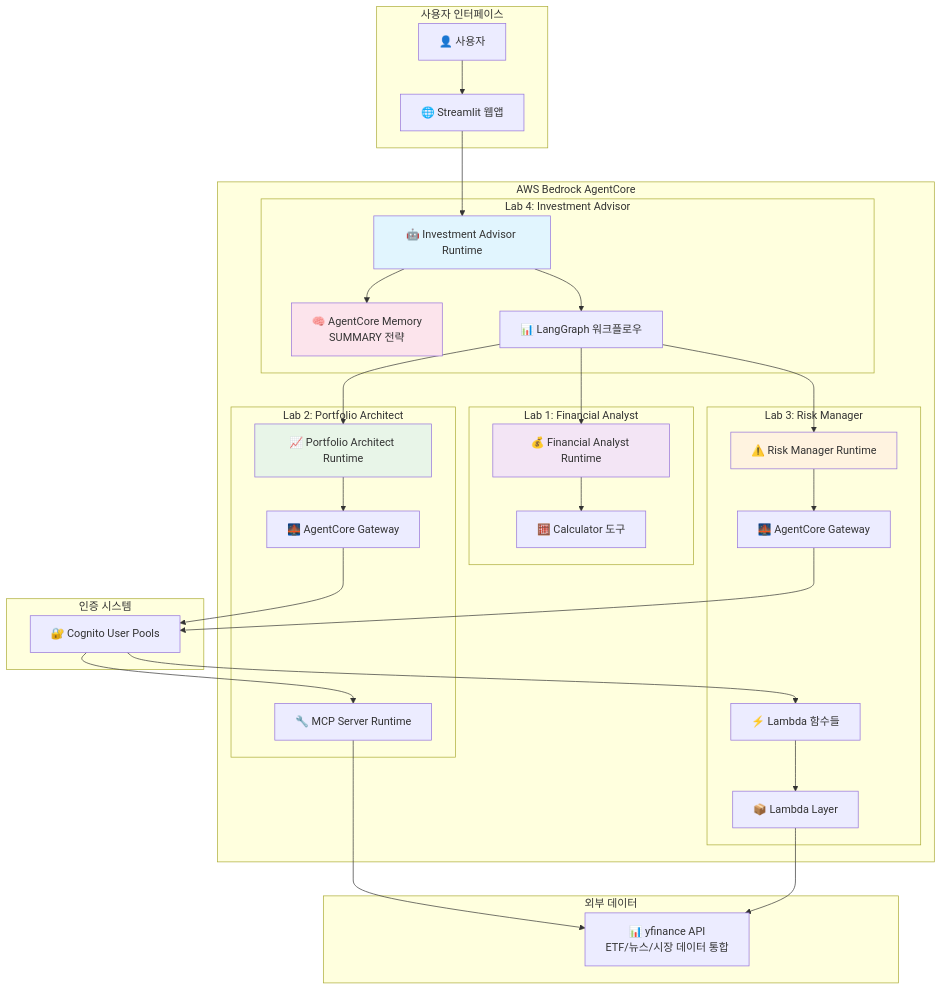
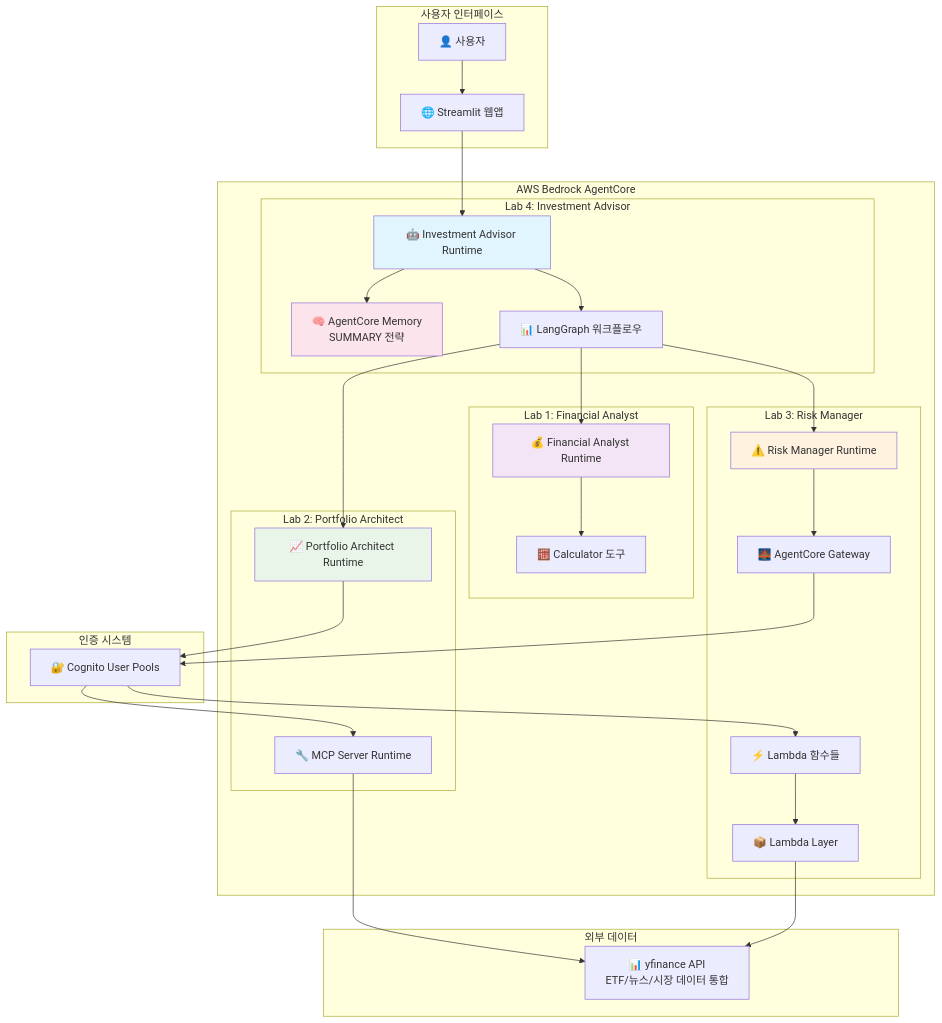
Before and after one commit to ksgsslee/investment_advisor_strands: the first of 6 diagrams in README.md, drawn with Mermaid. The commit also changed other lines of this file, not shown here.

````diff
--- a/README.md
+++ b/README.md
@@ -11,68 +11,66 @@
 ```mermaid
 graph TB
     subgraph "사용자 인터페이스"
         USER[👤 사용자]
         WEB[🌐 Streamlit 웹앱]
     end
     
     subgraph "AWS Bedrock AgentCore"
         subgraph "Lab 4: Investment Advisor"
             IA[🤖 Investment Advisor Runtime]
             MEMORY[🧠 AgentCore Memory<br/>SUMMARY 전략]
             LANGGRAPH[📊 LangGraph 워크플로우]
         end
         
         subgraph "Lab 1: Financial Analyst"
             FA[💰 Financial Analyst Runtime]
             CALC[🧮 Calculator 도구]
         end
         
         subgraph "Lab 2: Portfolio Architect"
             PA[📈 Portfolio Architect Runtime]
-            GATEWAY1[🌉 AgentCore Gateway]
             MCP_SERVER[🔧 MCP Server Runtime]
         end
         
         subgraph "Lab 3: Risk Manager"
             RM[⚠️ Risk Manager Runtime]
             GATEWAY2[🌉 AgentCore Gateway]
             LAMBDA[⚡ Lambda 함수들]
             LAYER[📦 Lambda Layer]
         end
     end
     
     subgraph "외부 데이터"
         YFINANCE[📊 yfinance API<br/>ETF/뉴스/시장 데이터 통합]
     end
     
     subgraph "인증 시스템"
         COGNITO[🔐 Cognito User Pools]
     end
     
     USER --> WEB
     WEB --> IA
     IA --> LANGGRAPH
     LANGGRAPH --> FA
     LANGGRAPH --> PA
     LANGGRAPH --> RM
     
     FA --> CALC
-    PA --> GATEWAY1
-    GATEWAY1 --> COGNITO
+    PA --> COGNITO
     COGNITO --> MCP_SERVER
     MCP_SERVER --> YFINANCE
     
     RM --> GATEWAY2
     GATEWAY2 --> COGNITO
     COGNITO --> LAMBDA
     LAMBDA --> LAYER
     LAYER --> YFINANCE
     
     IA --> MEMORY
     
     style IA fill:#e1f5fe
     style FA fill:#f3e5f5
     style PA fill:#e8f5e8
     style RM fill:#fff3e0
     style MEMORY fill:#fce4ec
 ```
````
